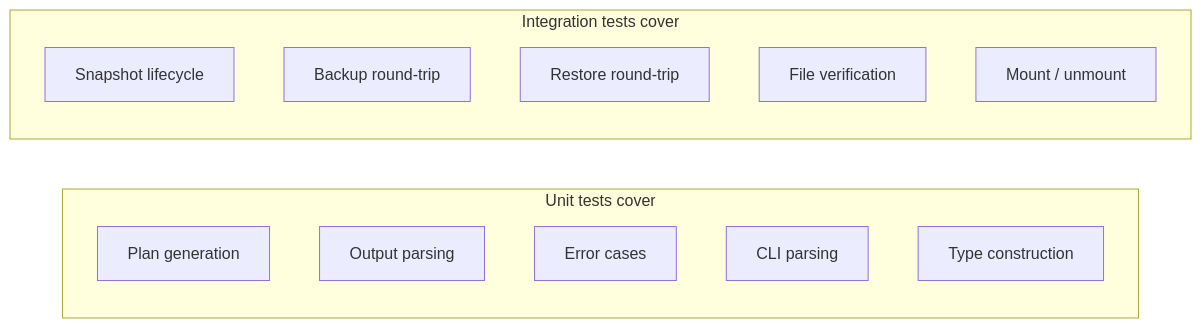
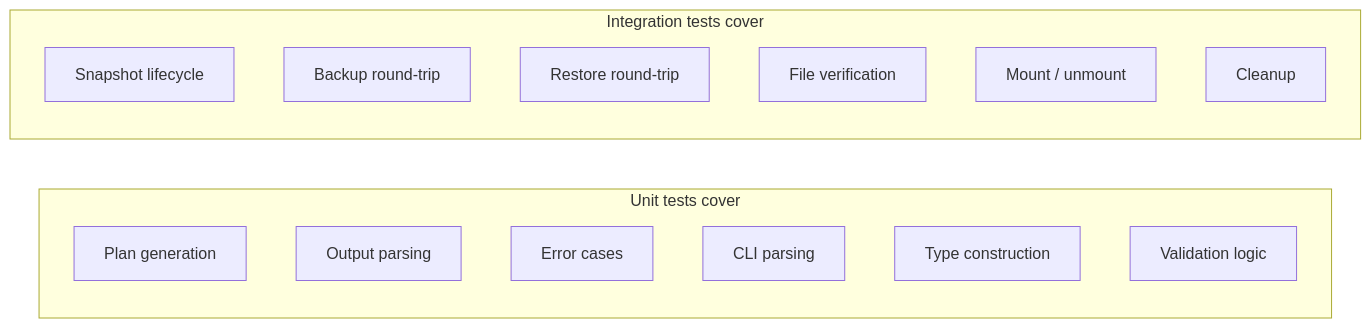
One commit to XUranus/vpt-rs changed the third of 5 diagrams in wiki/docs/testing/overview.md. Above: the diagram before and after it, drawn with Mermaid. The commit also changed other lines of this file and 52 other files, not shown here.

First line of the commit message:
Enhance wiki: mermaid rendering, detailed content, i18n (zh-Hans)

````diff
--- a/wiki/docs/testing/overview.md
+++ b/wiki/docs/testing/overview.md
@@ -102,17 +369,19 @@
 ```mermaid
 graph LR
     subgraph "Unit tests cover"
         P[Plan generation]
         O[Output parsing]
         E[Error cases]
         C[CLI parsing]
         T[Type construction]
+        V[Validation logic]
     end
     subgraph "Integration tests cover"
         S[Snapshot lifecycle]
         B[Backup round-trip]
         R[Restore round-trip]
-        V[File verification]
-        M[Mount / unmount]
+        FV[File verification]
+        ML[Mount / unmount]
+        CL[Cleanup]
     end
 ```
````
